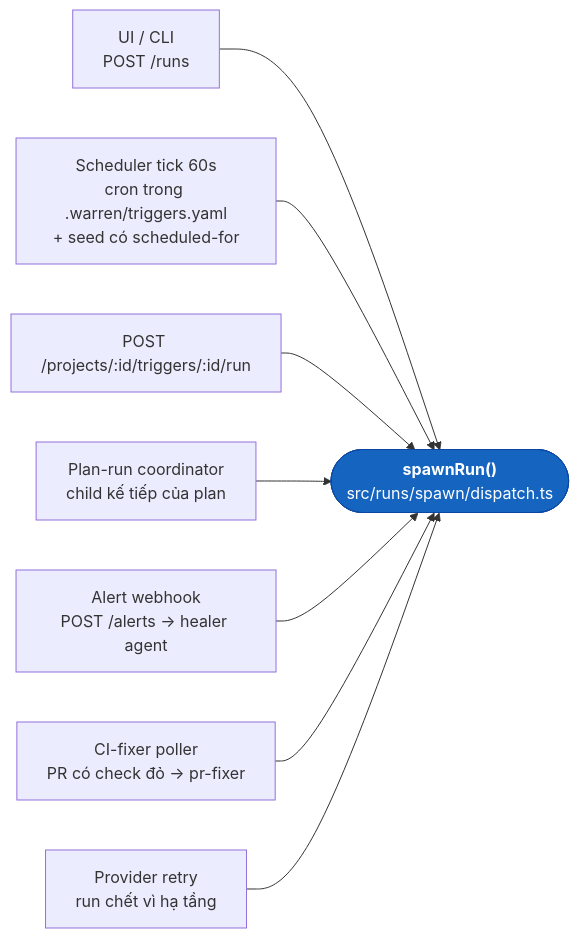
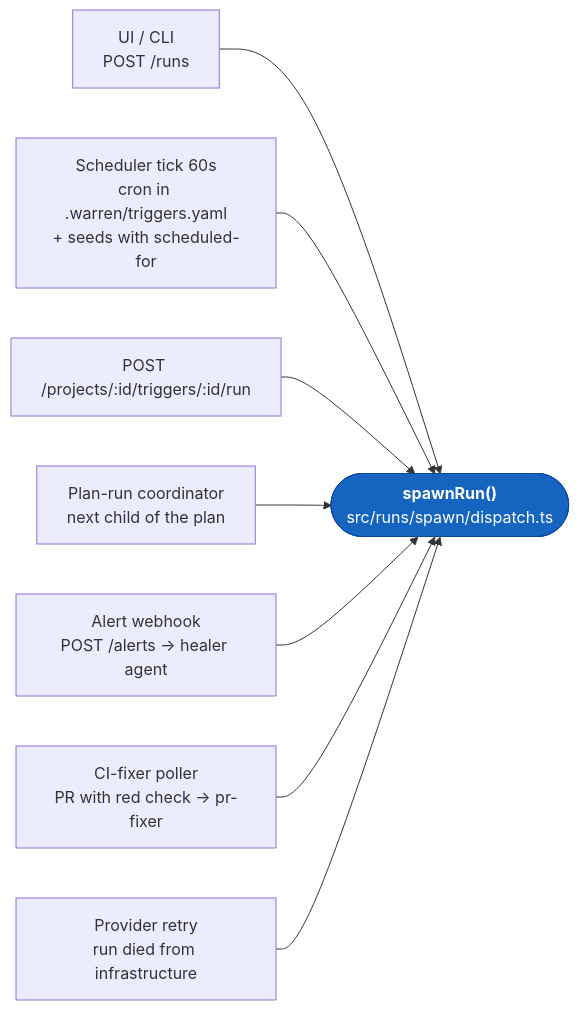
Before and after one commit to namphuongtran/warren: the sixth of 12 diagrams in docs/design/architecture-overview.md, drawn with Mermaid. The commit also changed other lines of this file and 4 other files, not shown here.

````diff
--- a/docs/design/architecture-overview.md
+++ b/docs/design/architecture-overview.md
@@ -317,15 +317,15 @@
 ```mermaid
 flowchart LR
     ui["UI / CLI<br/>POST /runs"] --> spawn
-    sched["Scheduler tick 60s<br/>cron trong .warren/triggers.yaml<br/>+ seed có scheduled-for"] --> spawn
+    sched["Scheduler tick 60s<br/>cron in .warren/triggers.yaml<br/>+ seeds with scheduled-for"] --> spawn
     trig["POST /projects/:id/triggers/:id/run"] --> spawn
-    plan["Plan-run coordinator<br/>child kế tiếp của plan"] --> spawn
+    plan["Plan-run coordinator<br/>next child of the plan"] --> spawn
     heal["Alert webhook<br/>POST /alerts → healer agent"] --> spawn
-    ci["CI-fixer poller<br/>PR có check đỏ → pr-fixer"] --> spawn
-    retry["Provider retry<br/>run chết vì hạ tầng"] --> spawn
+    ci["CI-fixer poller<br/>PR with red check → pr-fixer"] --> spawn
+    retry["Provider retry<br/>run died from infrastructure"] --> spawn
 
     spawn(["<b>spawnRun()</b><br/>src/runs/spawn/dispatch.ts"])
 
     classDef dom fill:#1565c0,stroke:#0d47a1,color:#fff
     class spawn dom
 ```
````
